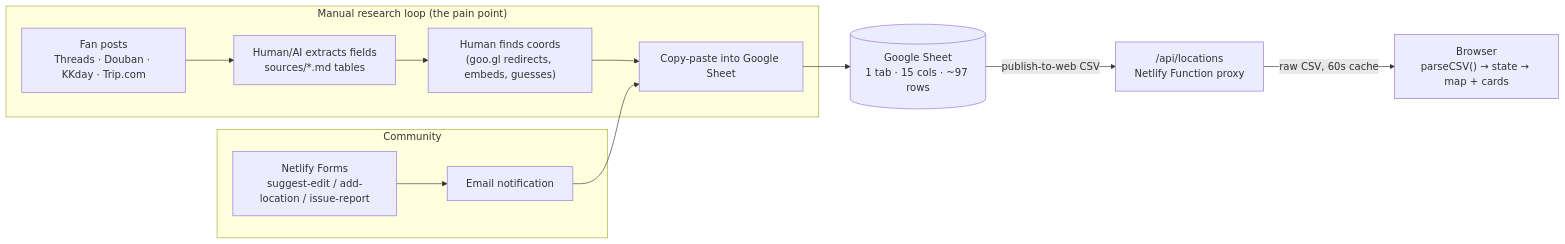
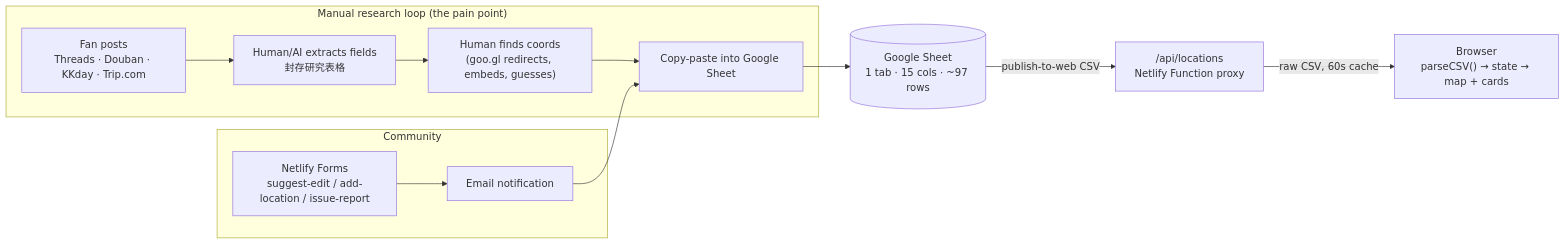
One commit to ginaz5/lingorm-map changed the first of 2 diagrams in docs/archive/notion-migration-and-location-automation-plan.zh-TW.md. Above: the diagram before and after it, drawn with Mermaid. The commit also changed other lines of this file and 103 other files, not shown here.

````diff
--- a/docs/archive/notion-migration-and-location-automation-plan.zh-TW.md
+++ b/docs/archive/notion-migration-and-location-automation-plan.zh-TW.md
@@ -83,14 +83,14 @@
 ```mermaid
 flowchart LR
     subgraph Manual["Manual research loop (the pain point)"]
-        FP["Fan posts<br/>Threads · Douban · KKday · Trip.com"] --> EX["Human/AI extracts fields<br/>sources/*.md tables"]
+        FP["Fan posts<br/>Threads · Douban · KKday · Trip.com"] --> EX["Human/AI extracts fields<br/>封存研究表格"]
         EX --> GEO["Human finds coords<br/>(goo.gl redirects, embeds, guesses)"]
         GEO --> PASTE["Copy-paste into Google Sheet"]
     end
     subgraph Community
         NF["Netlify Forms<br/>suggest-edit / add-location / issue-report"] --> MAIL["Email notification"] --> PASTE
     end
     PASTE --> GS[("Google Sheet<br/>1 tab · 15 cols · ~97 rows")]
     GS -->|publish-to-web CSV| LOC["/api/locations<br/>Netlify Function proxy"]
     LOC -->|raw CSV, 60s cache| FE["Browser<br/>parseCSV() → state → map + cards"]
 ```
````
